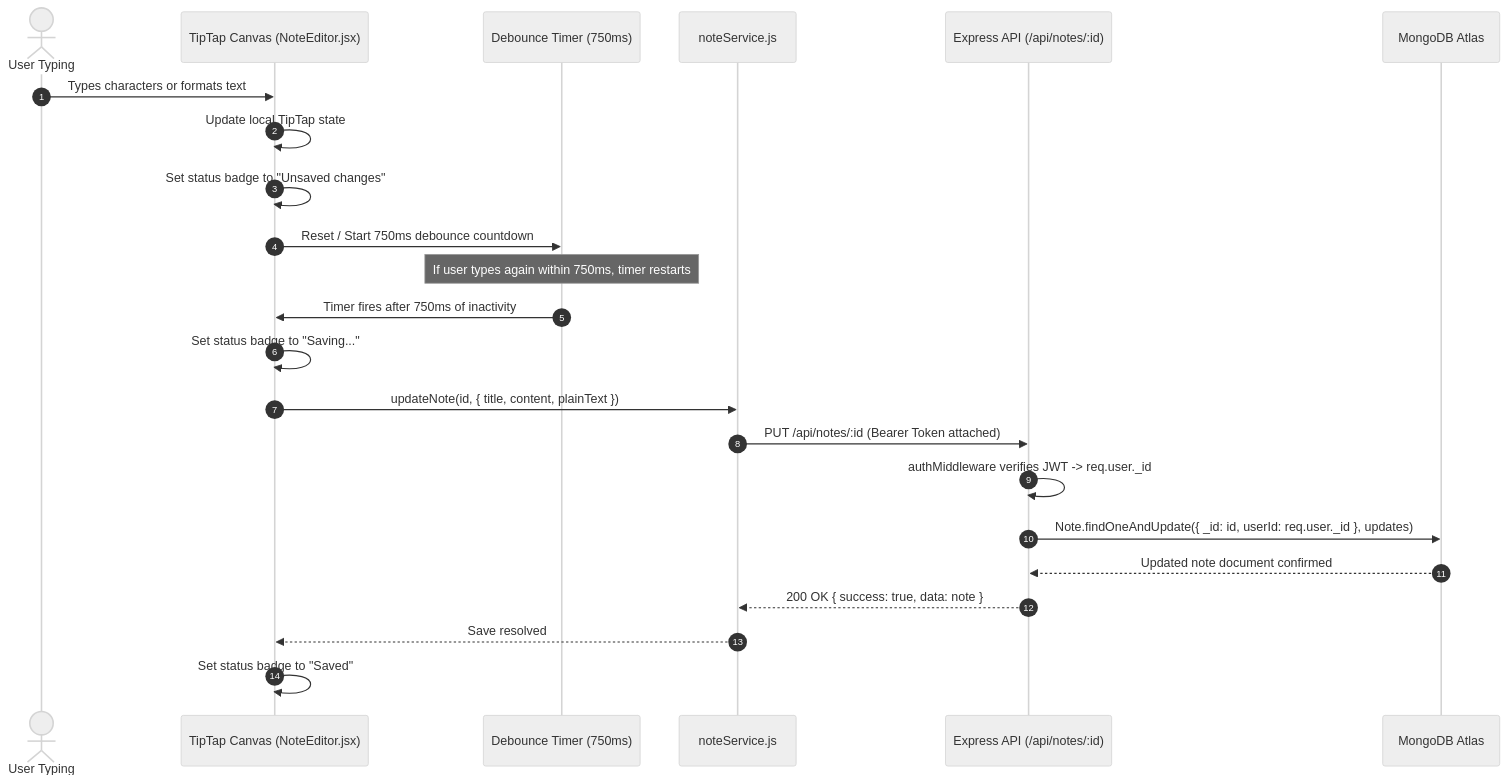
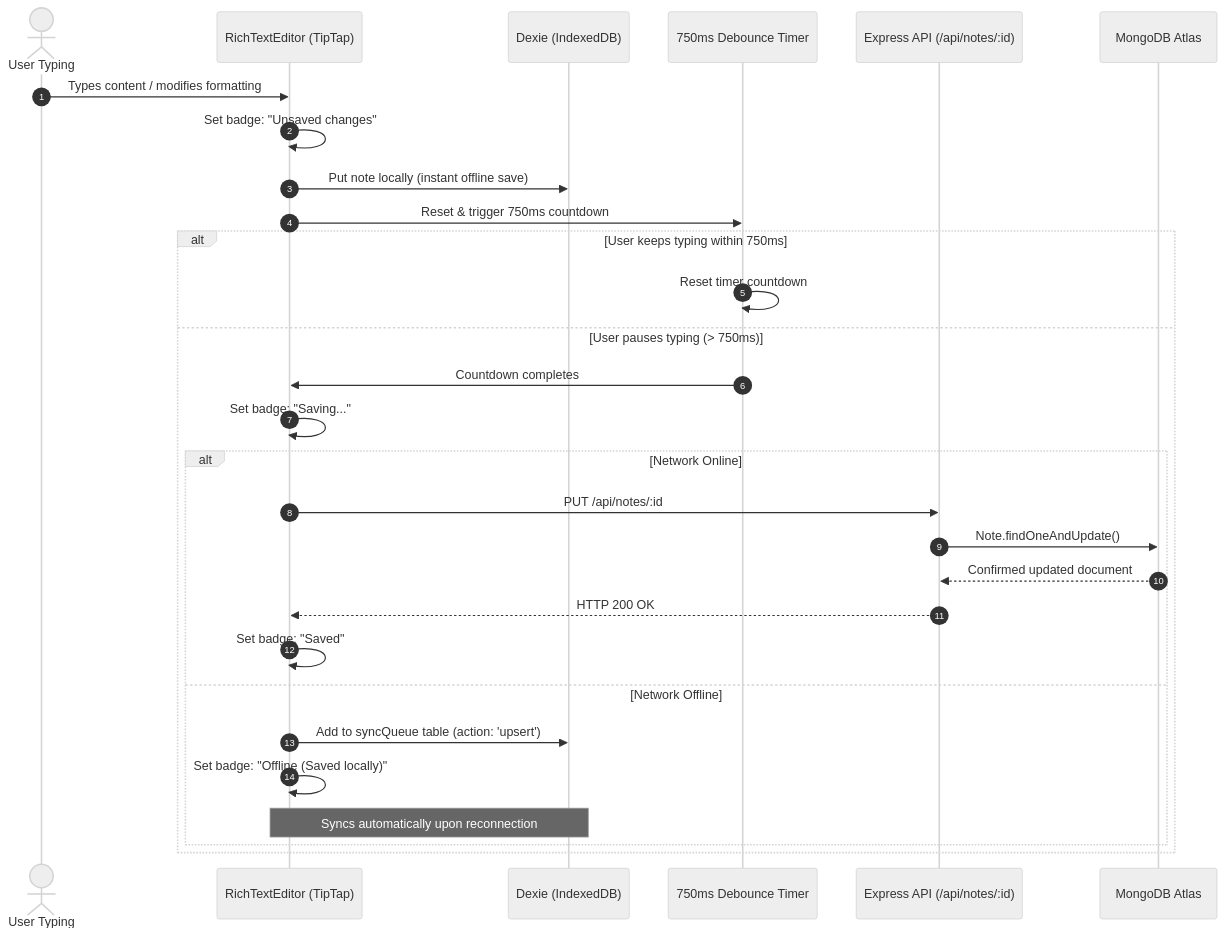
The third of 5 diagrams in README.md (anshumangarg5410/Notes-Making-App), drawn with Mermaid (neutral theme) before and after one commit. The commit also changed other lines of this file, not shown here.

````diff
--- a/README.md
+++ b/README.md
@@ -169,29 +174,34 @@
 ```mermaid
 sequenceDiagram
     autonumber
     actor User as User Typing
-    participant Editor as TipTap Canvas (NoteEditor.jsx)
-    participant Timer as Debounce Timer (750ms)
-    participant NoteSvc as noteService.js
-    participant API as Express API (/api/notes/:id)
-    participant DB as MongoDB Atlas
+    participant Canvas as RichTextEditor (TipTap)
+    participant LocalDB as Dexie (IndexedDB)
+    participant Timer as 750ms Debounce Timer
+    participant Backend as Express API (/api/notes/:id)
+    participant CloudDB as MongoDB Atlas
 
-    User->>Editor: Types characters or formats text
-    Editor->>Editor: Update local TipTap state
-    Editor->>Editor: Set status badge to "Unsaved changes"
-    
-    Editor->>Timer: Reset / Start 750ms debounce countdown
-    Note over Timer: If user types again within 750ms, timer restarts
-    
-    Timer->>Editor: Timer fires after 750ms of inactivity
-    Editor->>Editor: Set status badge to "Saving..."
-    Editor->>NoteSvc: updateNote(id, { title, content, plainText })
-    NoteSvc->>API: PUT /api/notes/:id (Bearer Token attached)
-    
-    API->>API: authMiddleware verifies JWT -> req.user._id
-    API->>DB: Note.findOneAndUpdate({ _id: id, userId: req.user._id }, updates)
-    DB-->>API: Updated note document confirmed
-    API-->>NoteSvc: 200 OK { success: true, data: note }
-    NoteSvc-->>Editor: Save resolved
-    Editor->>Editor: Set status badge to "Saved"
+    User->>Canvas: Types content / modifies formatting
+    Canvas->>Canvas: Set badge: "Unsaved changes"
+    Canvas->>LocalDB: Put note locally (instant offline save)
+    Canvas->>Timer: Reset & trigger 750ms countdown
+
+    alt User keeps typing within 750ms
+        Timer->>Timer: Reset timer countdown
+    else User pauses typing (> 750ms)
+        Timer->>Canvas: Countdown completes
+        Canvas->>Canvas: Set badge: "Saving..."
+        
+        alt Network Online
+            Canvas->>Backend: PUT /api/notes/:id
+            Backend->>CloudDB: Note.findOneAndUpdate()
+            CloudDB-->>Backend: Confirmed updated document
+            Backend-->>Canvas: HTTP 200 OK
+            Canvas->>Canvas: Set badge: "Saved"
+        else Network Offline
+            Canvas->>LocalDB: Add to syncQueue table (action: 'upsert')
+            Canvas->>Canvas: Set badge: "Offline (Saved locally)"
+            Note over Canvas,LocalDB: Syncs automatically upon reconnection
+        end
+    end
 ```
````
